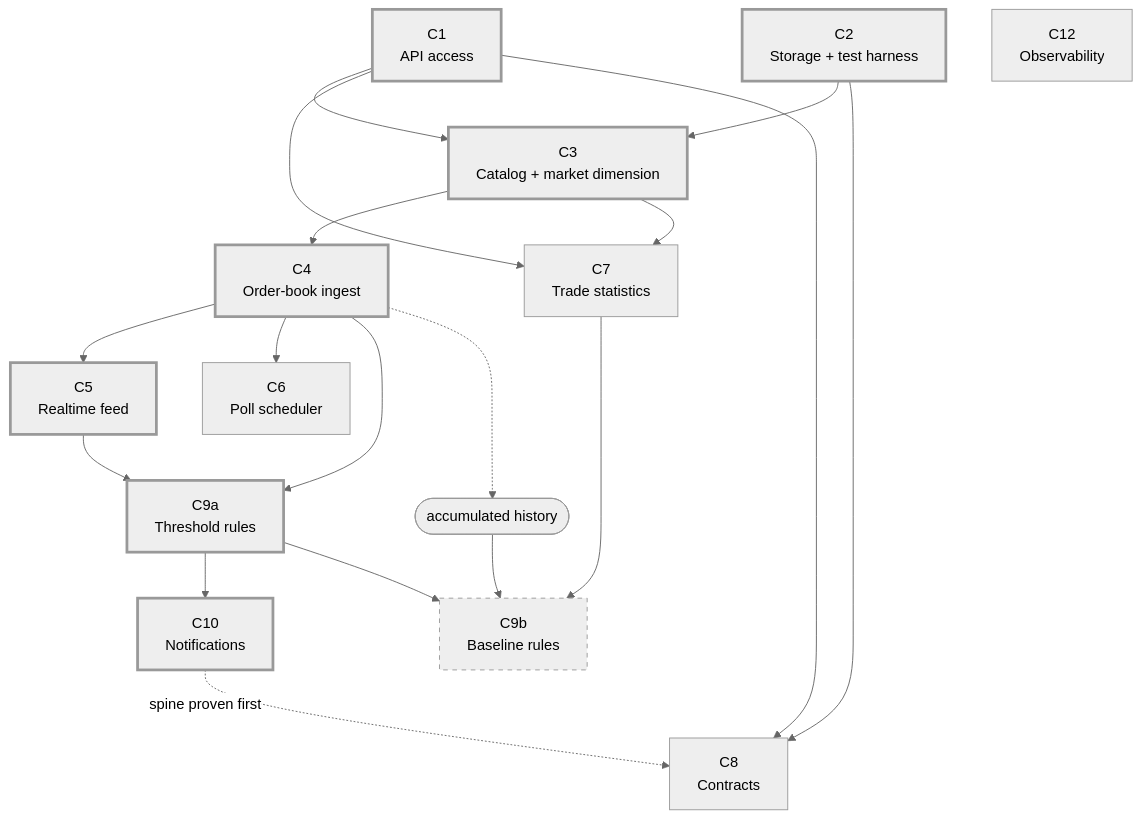
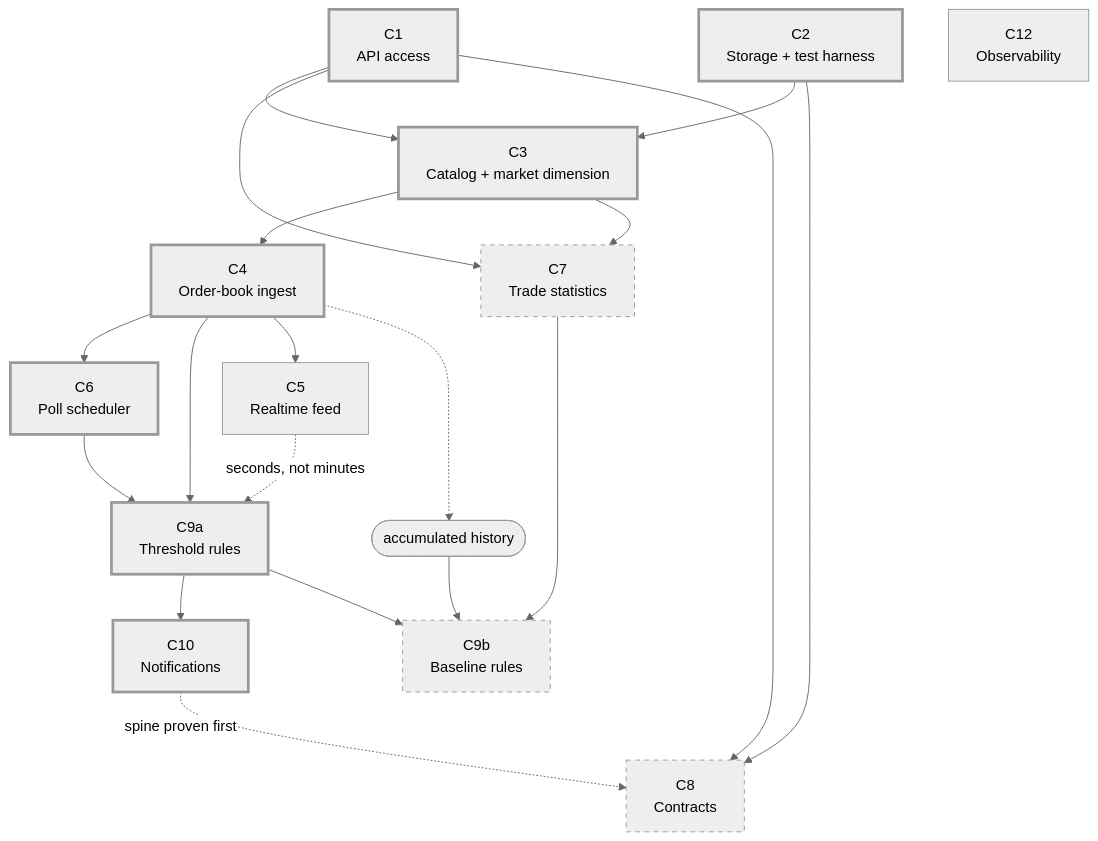
One commit to j-ameswong/wf-market-watchdawg changed the third of 5 diagrams in SPEC.md. Above: the diagram before and after it, drawn with Mermaid (neutral theme). The commit also changed other lines of this file and 8 other files, not shown here.

````diff
--- a/SPEC.md
+++ b/SPEC.md
@@ -287,39 +296,40 @@
 ```mermaid
 flowchart TD
   C1["C1<br/>API access"]
   C2["C2<br/>Storage + test harness"]
   C3["C3<br/>Catalog + market dimension"]
   C4["C4<br/>Order-book ingest"]
   C5["C5<br/>Realtime feed"]
   C6["C6<br/>Poll scheduler"]
   C7["C7<br/>Trade statistics"]
   C8["C8<br/>Contracts"]
   C9A["C9a<br/>Threshold rules"]
   C9B["C9b<br/>Baseline rules"]
   C10["C10<br/>Notifications"]
   C12["C12<br/>Observability"]
   HIST(["accumulated history"])
 
   C1 --> C3
   C2 --> C3
   C3 --> C4
-  C4 --> C5
   C4 --> C6
   C4 --> C9A
-  C5 --> C9A
+  C6 --> C9A
   C9A --> C10
+  C4 --> C5
+  C5 -.->|"seconds, not minutes"| C9A
   C1 --> C7
   C3 --> C7
   C1 --> C8
   C2 --> C8
   C7 --> C9B
   C9A --> C9B
   HIST --> C9B
   C10 -.->|"spine proven first"| C8
   C4 -.-> HIST
 
   classDef spine stroke-width:3px
-  classDef blocked stroke-dasharray: 5 5
-  class C1,C2,C3,C4,C5,C9A,C10 spine
-  class C9B blocked
+  classDef later stroke-dasharray: 5 5
+  class C1,C2,C3,C4,C6,C9A,C10 spine
+  class C7,C8,C9B later
 ```
````
